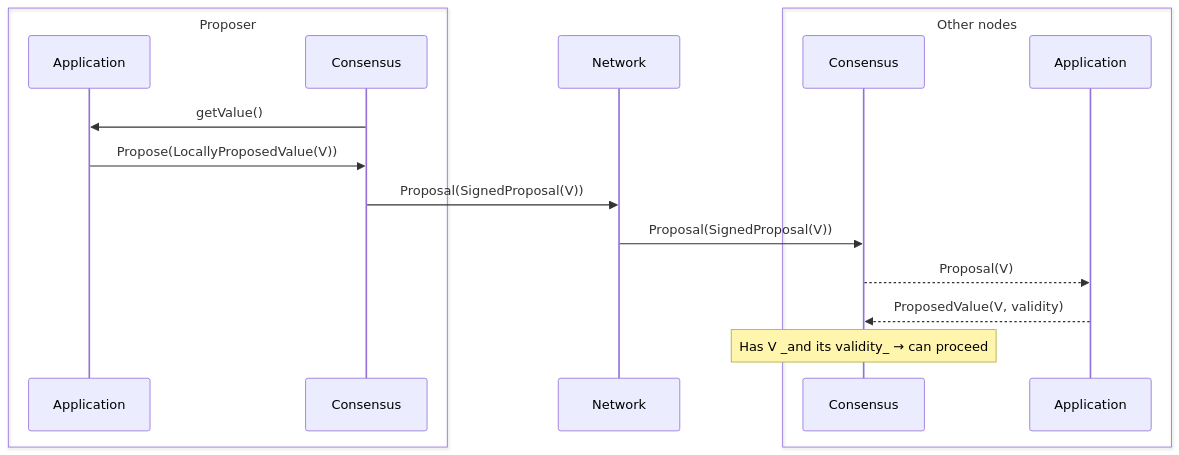
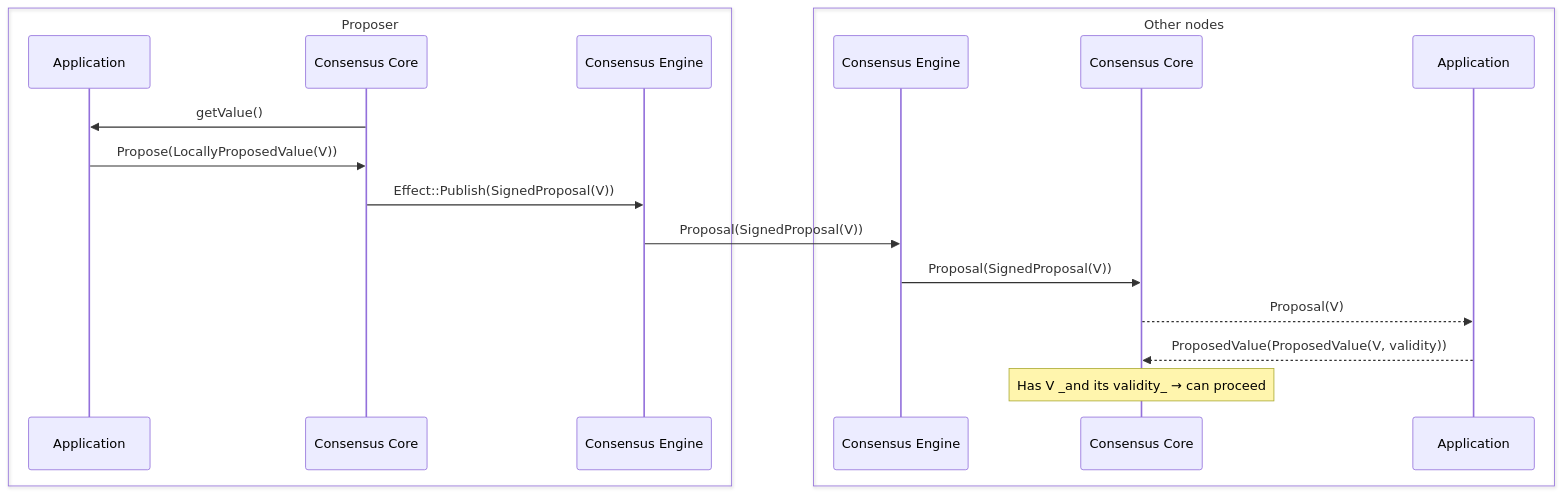
One commit to circlefin/malachite changed the first of 3 diagrams in docs/architecture/adr-003-values-propagation.md. Above: the diagram before and after it, drawn with Mermaid. The commit also changed other lines of this file, not shown here.

Commit message:
Separate consensus core and engine, remove network

````diff
--- a/docs/architecture/adr-003-values-propagation.md
+++ b/docs/architecture/adr-003-values-propagation.md
@@ -127,24 +127,26 @@
 ```mermaid
 sequenceDiagram
     box Proposer
       participant A1 as Application
-      participant C1 as Consensus
+      participant C1 as Consensus Core
+      participant E1 as Consensus Engine
     end
 
-    participant N as Network
-    
     box Other nodes
-      participant C2 as Consensus
+      participant E2 as Consensus Engine
+      participant C2 as Consensus Core
       participant A2 as Application
     end
 
     C1->>A1: getValue()
     A1->>C1: Propose(LocallyProposedValue(V))
-    C1->>N: Proposal(SignedProposal(V))
-    N->>C2: Proposal(SignedProposal(V))
+    C1->>E1: Effect::Publish(SignedProposal(V))
+    E1->>E2: Proposal(SignedProposal(V))
+
+    E2->>C2: Proposal(SignedProposal(V))
     C2-->>A2: Proposal(V)
-    A2-->>C2: ProposedValue(V, validity)
+    A2-->>C2: ProposedValue(ProposedValue(V, validity))
 
     Note over C2: Has V _and its validity_ → can proceed
 
 ```
````
